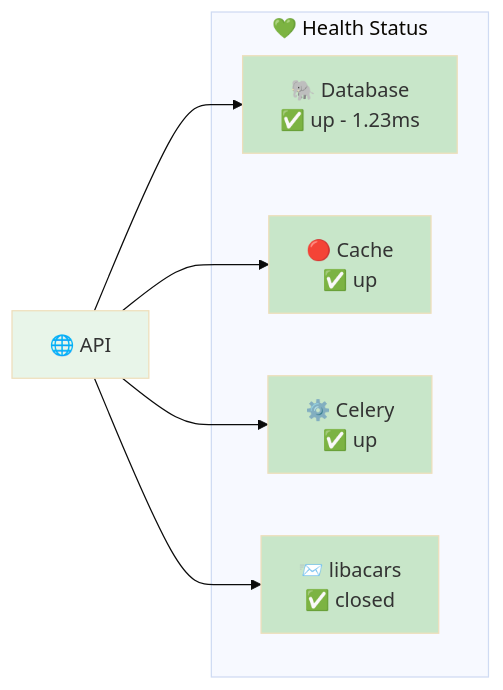
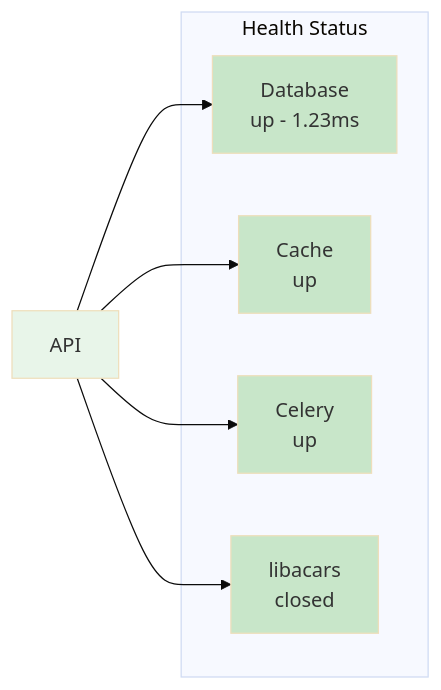
One commit to CHA0S-CORP/SkySpyDocs changed the fifth of 5 diagrams in docs/operations/deployment.md. Above: the diagram before and after it, drawn with Mermaid (base theme). The commit also changed other lines of this file, not shown here.

````diff
--- a/docs/operations/deployment.md
+++ b/docs/operations/deployment.md
@@ -1728,20 +1202,20 @@
 ```mermaid
 flowchart LR
-    subgraph Health["💚 Health Status"]
-        DB[🐘 Database<br/>✅ up - 1.23ms]
-        CACHE[🔴 Cache<br/>✅ up]
-        CELERY[⚙️ Celery<br/>✅ up]
-        ACARS[📨 libacars<br/>✅ closed]
+    subgraph Health["Health Status"]
+        DB[Database<br/>up - 1.23ms]
+        CACHE[Cache<br/>up]
+        CELERY[Celery<br/>up]
+        ACARS[libacars<br/>closed]
     end
 
-    API[🌐 API] --> DB
+    API[API] --> DB
     API --> CACHE
     API --> CELERY
     API --> ACARS
 
     style DB fill:#c8e6c9
     style CACHE fill:#c8e6c9
     style CELERY fill:#c8e6c9
     style ACARS fill:#c8e6c9
     style API fill:#e8f5e9
 ```
````
